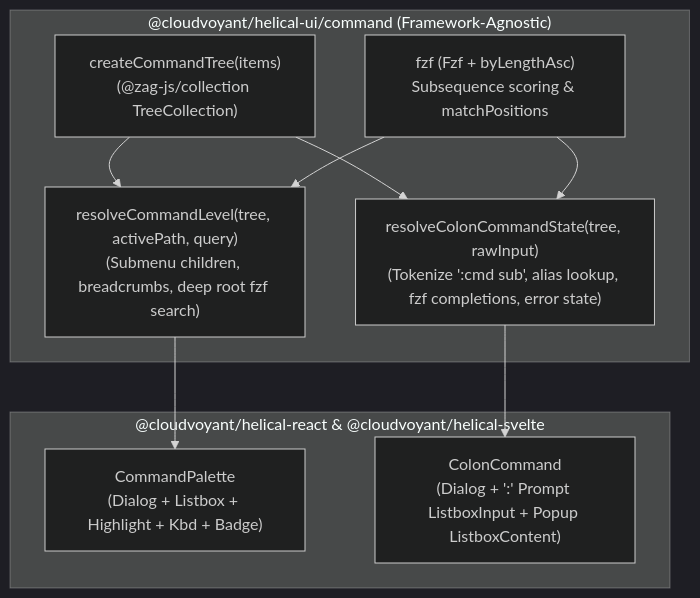
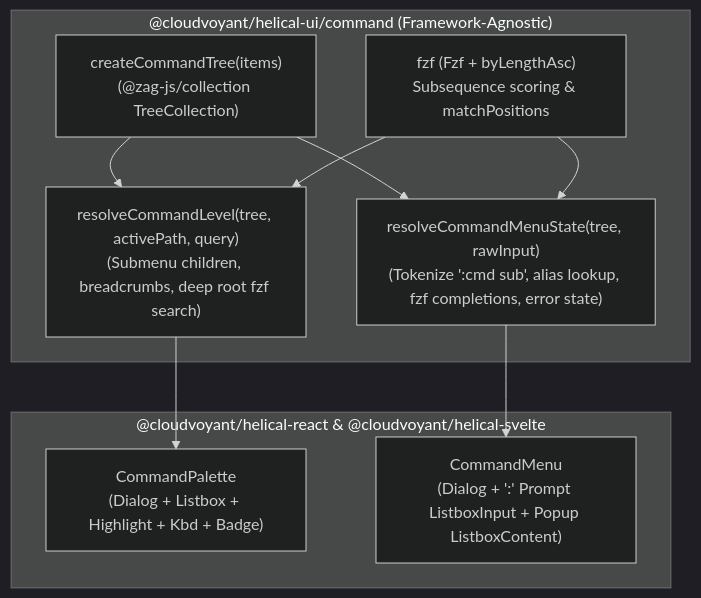
The first of 2 diagrams in docs/architecture/components/commands.md (cloudvoyant/helical-ui), drawn with Mermaid (dark theme) before and after one commit. The commit also changed other lines of this file and 76 other files, not shown here.

Commit message:
refactor(commands): rename ColonCommand to CommandMenu and simplify demos

````diff
--- a/docs/architecture/components/commands.md
+++ b/docs/architecture/components/commands.md
@@ -40,21 +40,21 @@
 ```mermaid
 flowchart TD
   subgraph Core["@cloudvoyant/helical-ui/command (Framework-Agnostic)"]
     Tree["createCommandTree(items)\n(@zag-js/collection TreeCollection<CommandNode>)"]
     PalRes["resolveCommandLevel(tree, activePath, query)\n(Submenu children, breadcrumbs, deep root fzf search)"]
-    ColRes["resolveColonCommandState(tree, rawInput)\n(Tokenize ':cmd sub', alias lookup, fzf completions, error state)"]
+    MenuRes["resolveCommandMenuState(tree, rawInput)\n(Tokenize ':cmd sub', alias lookup, fzf completions, error state)"]
     Fzf["fzf (Fzf + byLengthAsc)\nSubsequence scoring & matchPositions"]
   end
 
   subgraph Wrappers["@cloudvoyant/helical-react & @cloudvoyant/helical-svelte"]
     Palette["CommandPalette\n(Dialog + Listbox + Highlight + Kbd + Badge)"]
-    Colon["ColonCommand\n(Dialog + ':' Prompt ListboxInput + Popup ListboxContent)"]
+    Menu["CommandMenu\n(Dialog + ':' Prompt ListboxInput + Popup ListboxContent)"]
   end
 
   Tree --> PalRes
-  Tree --> ColRes
+  Tree --> MenuRes
   Fzf --> PalRes
-  Fzf --> ColRes
+  Fzf --> MenuRes
   PalRes --> Palette
-  ColRes --> Colon
+  MenuRes --> Menu
 ```
````
